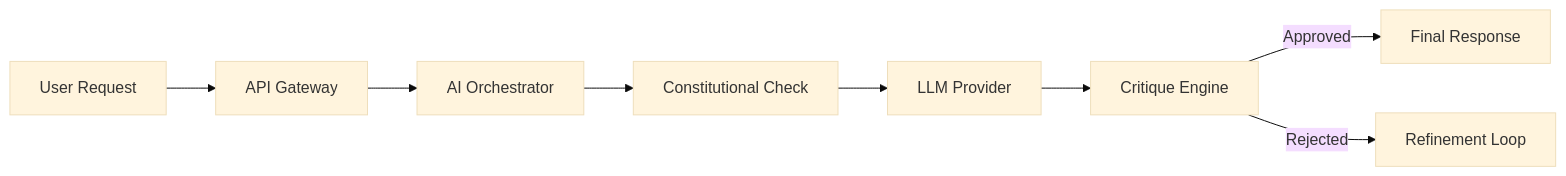
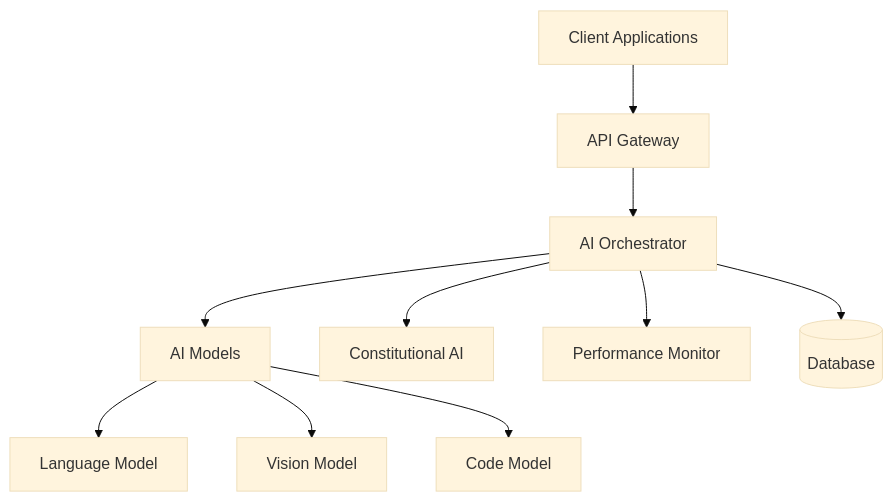
One commit to Azora-OS/azora changed the diagram in services/ai-orchestrator/README.md. Above: the diagram before and after it, drawn with Mermaid (base theme). The commit also changed other lines of this file and 6 other files, not shown here.

````diff
--- a/services/ai-orchestrator/README.md
+++ b/services/ai-orchestrator/README.md
@@ -23,10 +23,13 @@
 ```mermaid
-graph LR
-    User[User Request] --> API[API Gateway]
-    API --> Orch[AI Orchestrator]
-    Orch --> Const[Constitutional Check]
-    Const --> Model[LLM Provider]
-    Model --> Critique[Critique Engine]
-    Critique -->|Approved| Response[Final Response]
-    Critique -->|Rejected| Refine[Refinement Loop]
+graph TB
+    Client[Client Applications] --> Gateway[API Gateway]
+    Gateway --> Orchestrator[AI Orchestrator]
+    Orchestrator --> Models[AI Models]
+    Orchestrator --> Constitutional[Constitutional AI]
+    Orchestrator --> Performance[Performance Monitor]
+    Orchestrator --> DB[(Database)]
+    
+    Models --> Model1[Language Model]
+    Models --> Model2[Vision Model]
+    Models --> Model3[Code Model]
 ```
````
